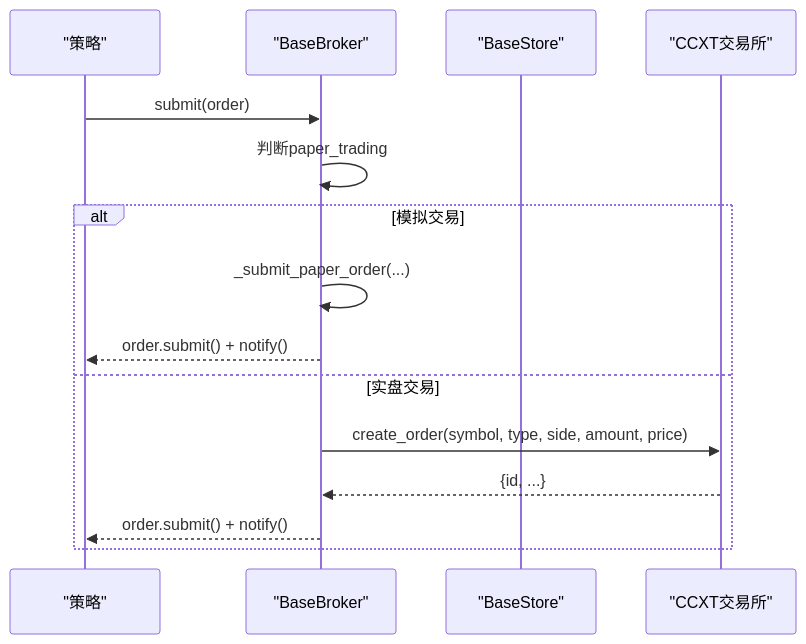
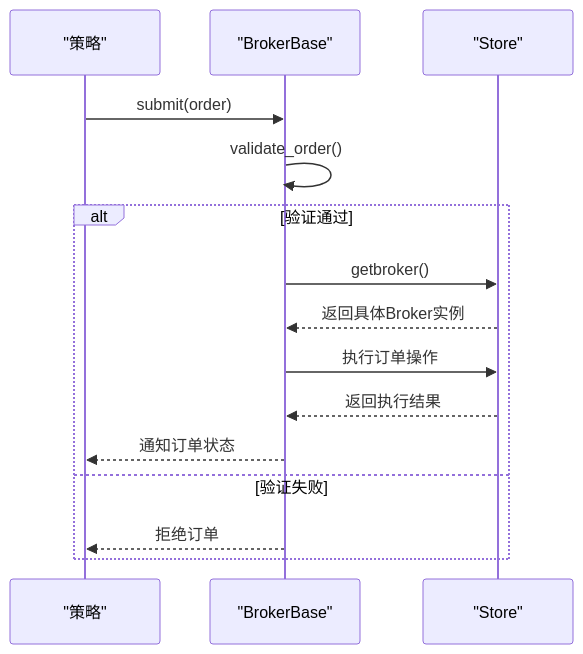
One commit to bench-prog/backtrader changed the fourth of 8 diagrams in .qoder/repowiki/zh/content/实盘交易模块/架构设计概览.md. Above: the diagram before and after it, drawn with Mermaid. The commit also changed other lines of this file and 23 other files, not shown here.

````diff
--- a/.qoder/repowiki/zh/content/实盘交易模块/架构设计概览.md
+++ b/.qoder/repowiki/zh/content/实盘交易模块/架构设计概览.md
@@ -312,17 +214,17 @@
 ```mermaid
 sequenceDiagram
 participant Strat as "策略"
-participant Broker as "BaseBroker"
-participant Store as "BaseStore"
-participant CCXT as "CCXT交易所"
+participant Broker as "BrokerBase"
+participant Store as "Store"
 Strat->>Broker : submit(order)
-Broker->>Broker : 判断paper_trading
-alt 模拟交易
-Broker->>Broker : _submit_paper_order(...)
-Broker-->>Strat : order.submit() + notify()
-else 实盘交易
-Broker->>CCXT : create_order(symbol, type, side, amount, price)
-CCXT-->>Broker : {id, ...}
-Broker-->>Strat : order.submit() + notify()
+Broker->>Broker : validate_order()
+alt 验证通过
+Broker->>Store : getbroker()
+Store-->>Broker : 返回具体Broker实例
+Broker->>Store : 执行订单操作
+Store-->>Broker : 返回执行结果
+Broker-->>Strat : 通知订单状态
+else 验证失败
+Broker-->>Strat : 拒绝订单
 end
 ```
````
